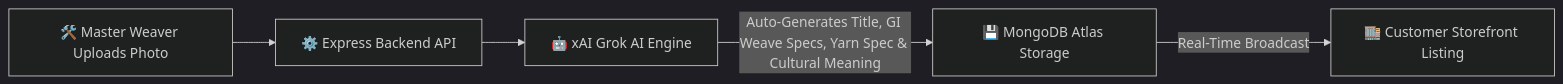
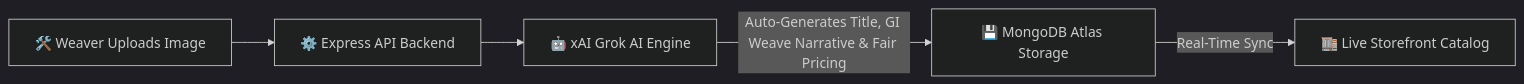
Before and after one commit to HardikMathur11/Adraya: the second of 4 diagrams in README.md, drawn with Mermaid (dark theme). The commit also changed other lines of this file, not shown here.

Commit message:
Configure README.md with comprehensive WeaveHeritage Lux hackathon solution mapping and Mermaid diagrams

````diff
--- a/README.md
+++ b/README.md
@@ -129,7 +150,7 @@
 ```mermaid
 flowchart LR
-    A["🛠️ Master Weaver Uploads Photo"] --> B["⚙️ Express Backend API"]
+    A["🛠️ Weaver Uploads Image"] --> B["⚙️ Express API Backend"]
     B --> C["🤖 xAI Grok AI Engine"]
-    C -->|Auto-Generates Title, GI Weave Specs, Yarn Spec & Cultural Meaning| D["💾 MongoDB Atlas Storage"]
-    D -->|Real-Time Broadcast| E["🏬 Customer Storefront Listing"]
+    C -->|Auto-Generates Title, GI Weave Narrative & Fair Pricing| D["💾 MongoDB Atlas Storage"]
+    D -->|Real-Time Sync| E["🏬 Live Storefront Catalog"]
 ```
````
